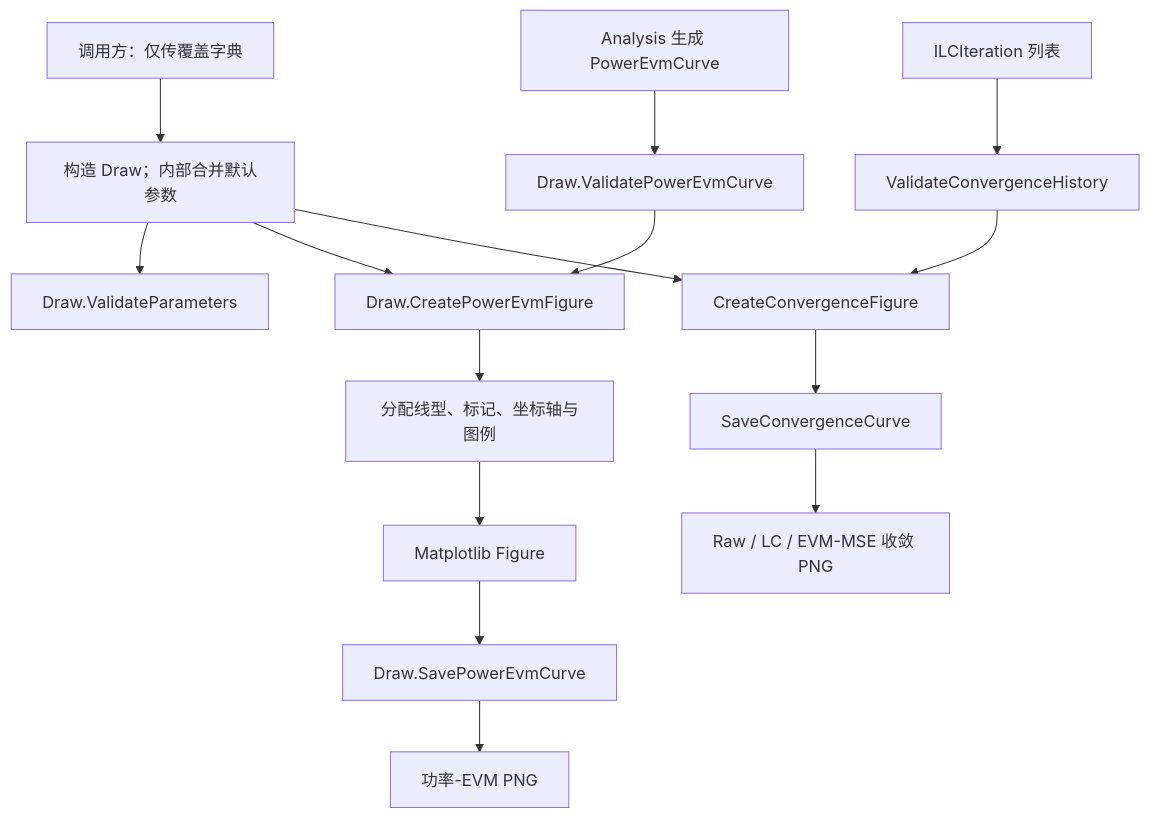
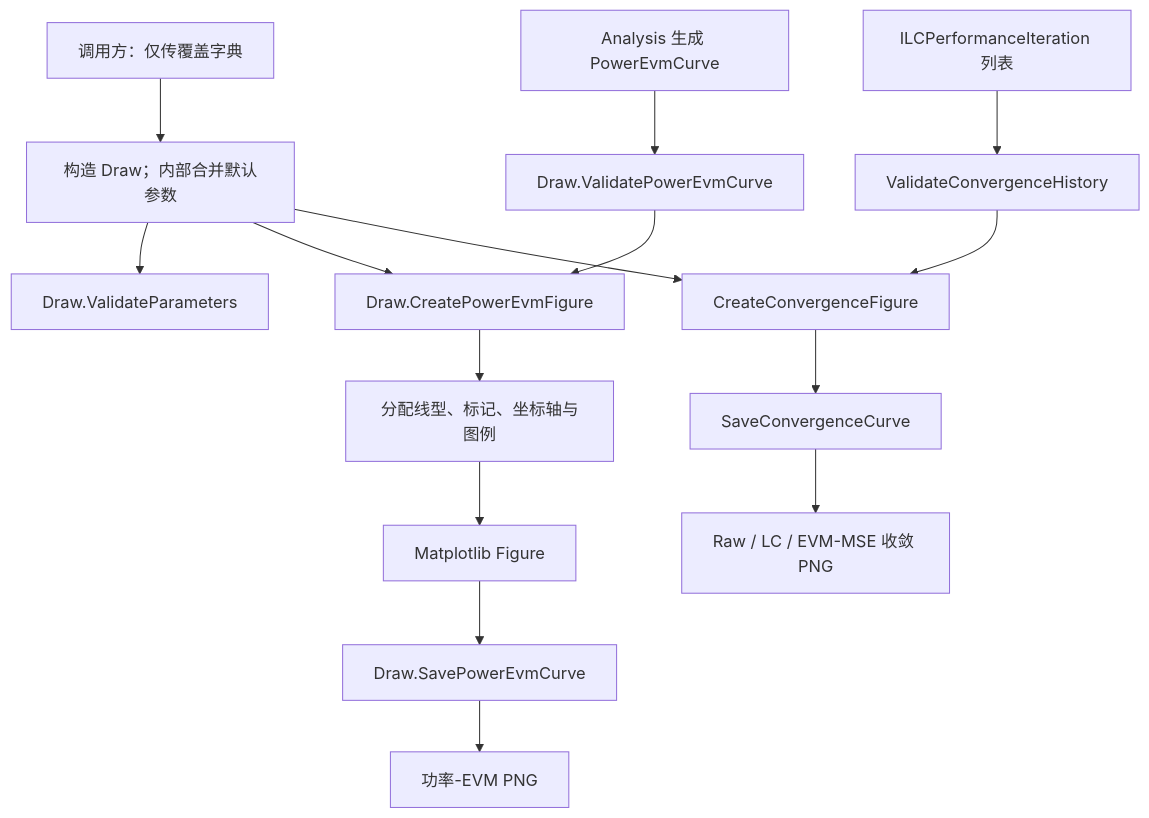
The tenth of 11 diagrams in README.md (niyilu45/DPD_ILC), drawn with Mermaid before and after one commit. The commit also changed other lines of this file and 11 other files, not shown here.

````diff
--- a/README.md
+++ b/README.md
@@ -421,17 +429,17 @@
 ```mermaid
 flowchart TD
     caller["调用方：仅传覆盖字典"] --> draw["构造 Draw；内部合并默认参数"]
     draw --> validate["Draw.ValidateParameters"]
     curve["Analysis 生成 PowerEvmCurve"] --> curveValidate["Draw.ValidatePowerEvmCurve"]
     draw --> create["Draw.CreatePowerEvmFigure"]
     curveValidate --> create
     create --> styles["分配线型、标记、坐标轴与图例"]
     styles --> figure["Matplotlib Figure"]
     figure --> save["Draw.SavePowerEvmCurve"]
     save --> png["功率-EVM PNG"]
-    history["ILCIteration 列表"] --> historyValidate["ValidateConvergenceHistory"]
+    history["ILCPerformanceIteration 列表"] --> historyValidate["ValidateConvergenceHistory"]
     historyValidate --> historyCreate["CreateConvergenceFigure"]
     draw --> historyCreate
     historyCreate --> historySave["SaveConvergenceCurve"]
     historySave --> historyPng["Raw / LC / EVM-MSE 收敛 PNG"]
 ```
````
